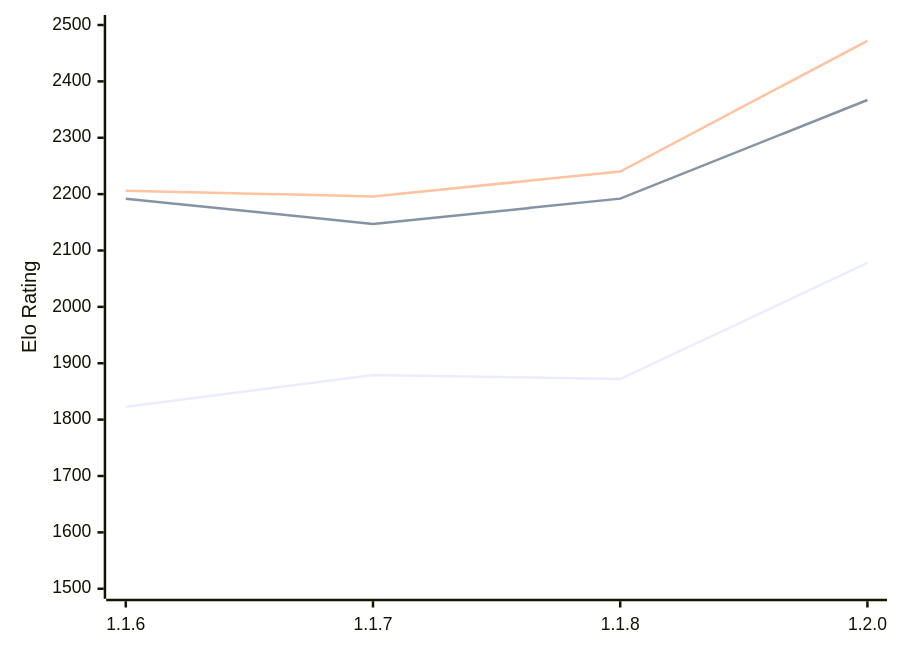
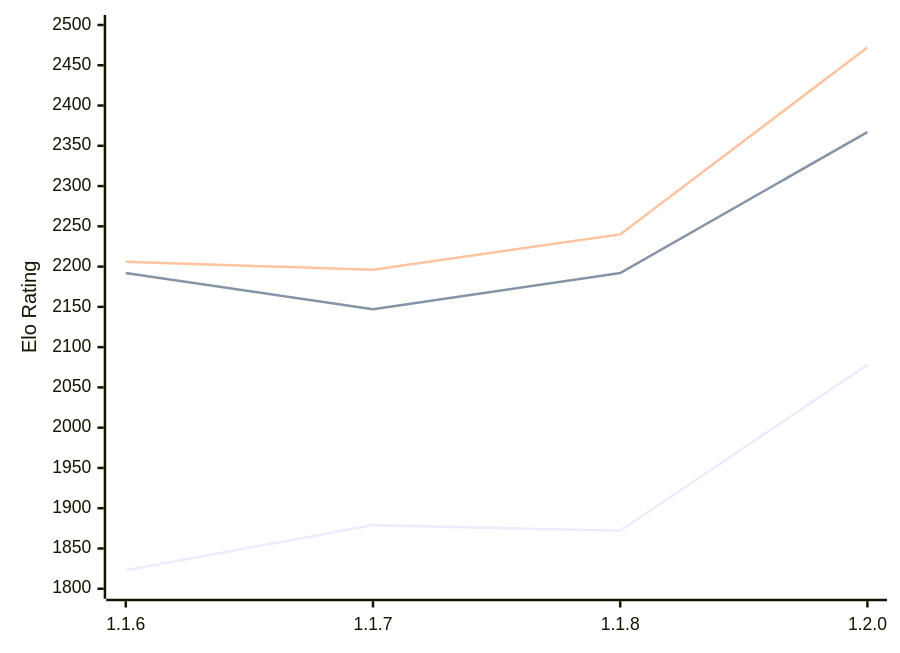
Before and after one commit to computer-chess-index/cci: the diagram in engines/Soomi.md, drawn with Mermaid. The commit also changed other lines of this file, not shown here.

Commit message:
Update CCI Ratings (ELO VLTC) - 2026-02-10

````diff
--- a/engines/Soomi.md
+++ b/engines/Soomi.md
@@ -31,9 +31,9 @@
 ```mermaid
 %%{init: {"theme":"base","themeVariables":{"seriesColors:['#a3a3a3','#222221','#faa371']}}}%%
 xychart-beta
   x-axis ["1.1.6", "1.1.7", "1.1.8", "1.2.0"]
-  y-axis "Elo Rating" 1500 --> 2500
+  y-axis "Elo Rating" 1800 --> 2500
   line "STC (8.0+0.08s)" [1823, 1879, 1872, 2078]
   line "LTC (60.0+0.60s)" [2192, 2147, 2192, 2367]
   line "VLTC (2m24s+1.12s)" [2206, 2196, 2240, 2472]
 ```
````
